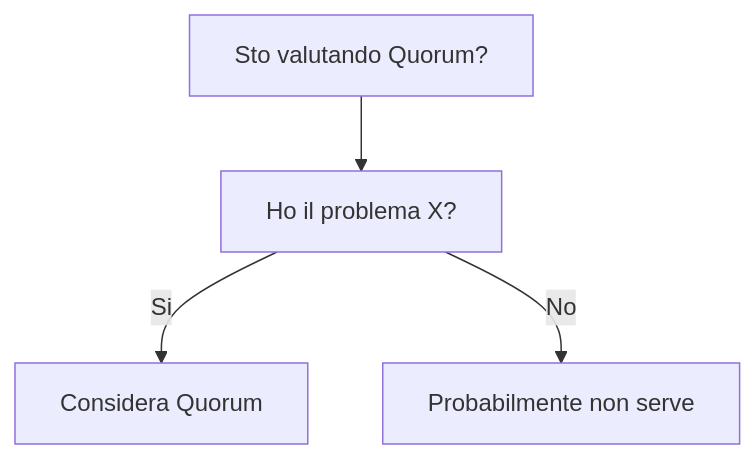
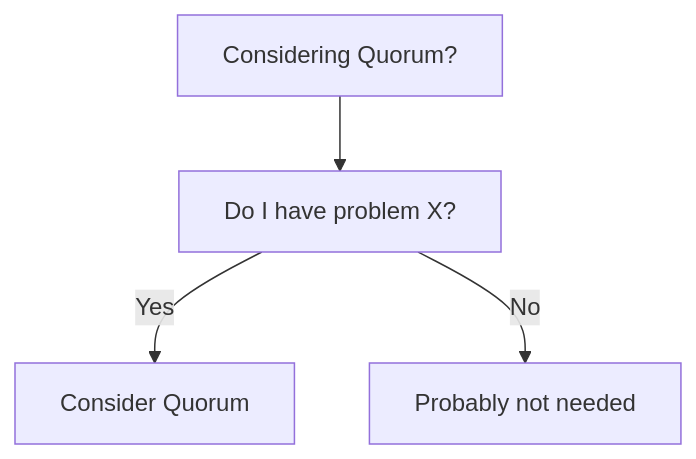
Before and after one commit to HxT9/Software-Dev-Wiki: the diagram in dev-wiki/05_Distributed_Systems/Quorum/When_To_Use.md, drawn with Mermaid. The commit also changed other lines of this file and 3444 other files, not shown here.

````diff
--- a/dev-wiki/05_Distributed_Systems/Quorum/When_To_Use.md
+++ b/dev-wiki/05_Distributed_Systems/Quorum/When_To_Use.md
@@ -19,6 +19,6 @@
 ```mermaid
 flowchart TD
-  Q[Sto valutando Quorum?] --> Q1[Ho il problema X?]
-  Q1 -->|Si| OK[Considera Quorum]
-  Q1 -->|No| NO[Probabilmente non serve]
+  Q[Considering Quorum?] --> Q1[Do I have problem X?]
+  Q1 -->|Yes| OK[Consider Quorum]
+  Q1 -->|No| NO[Probably not needed]
 ```
````
